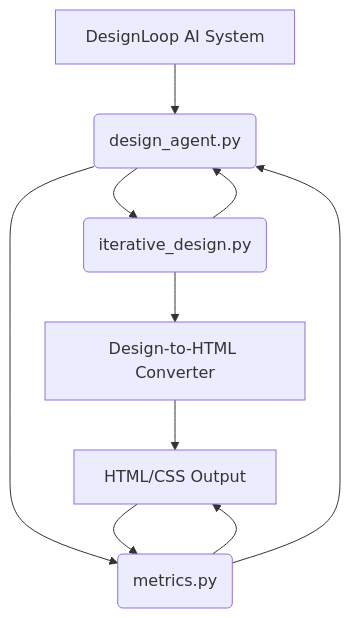
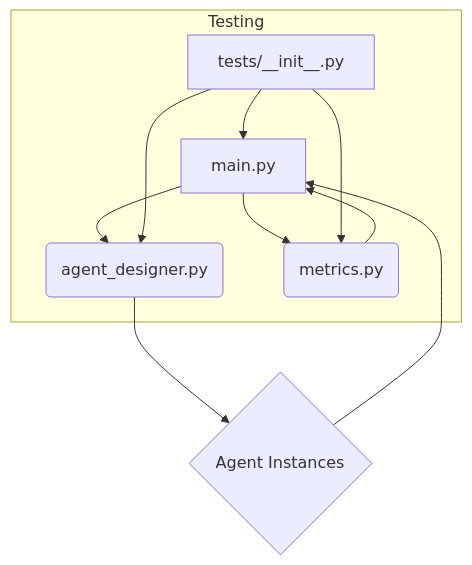
Before and after one commit to Lumi-node/design-loop-ai: the diagram in docs/architecture.md, drawn with Mermaid. The commit also changed other lines of this file and 40 other files, not shown here.

````diff
--- a/docs/architecture.md
+++ b/docs/architecture.md
@@ -9,12 +9,13 @@
 ```mermaid
 graph TD
-    A[DesignLoop AI System] --> B(design_agent.py);
-    B --> C(iterative_design.py);
-    B --> D(metrics.py);
-    C --> E[Design-to-HTML Converter];
-    D --> F[HTML/CSS Output];
-    E --> F;
-    F --> D;
-    D --> B;
-    C --> B;
+    A[main.py] --> B(agent_designer.py);
+    A --> C(metrics.py);
+    B --> D{Agent Instances};
+    D --> A;
+    C --> A;
+    subgraph Testing
+        E[tests/__init__.py] --> A;
+        E --> B;
+        E --> C;
+    end
 ```
````
